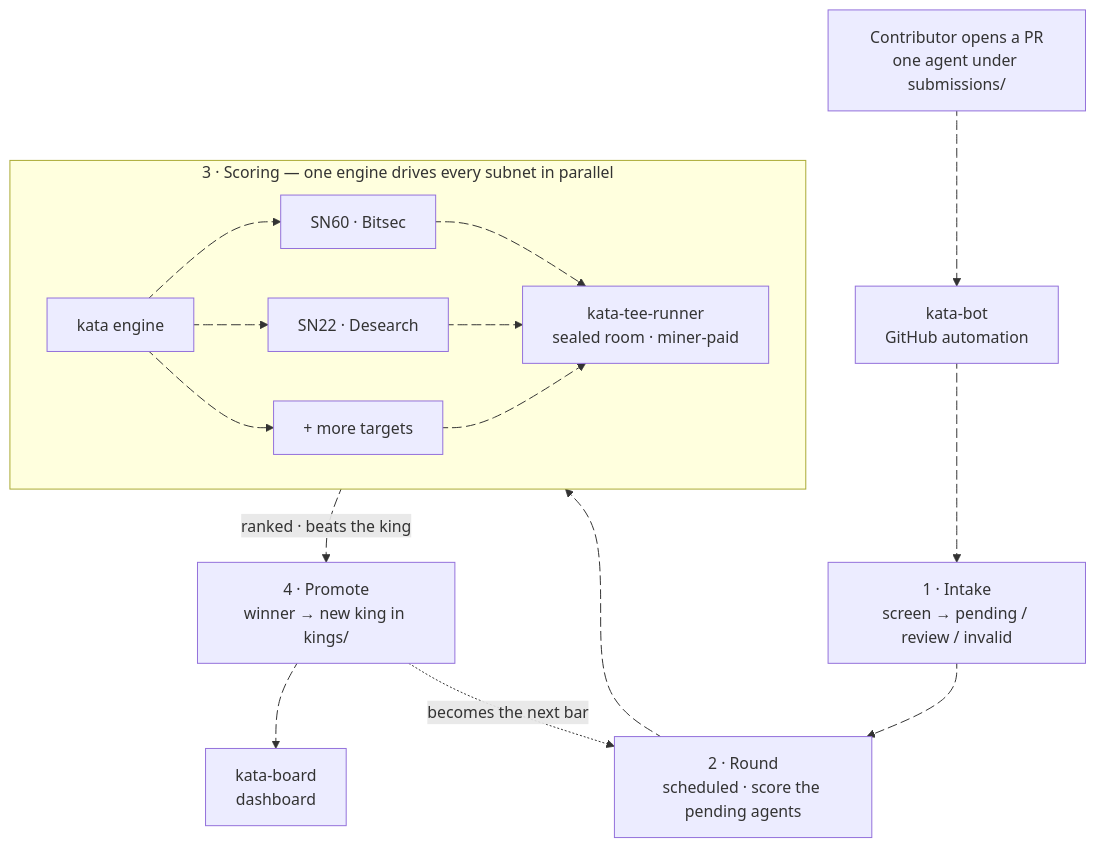
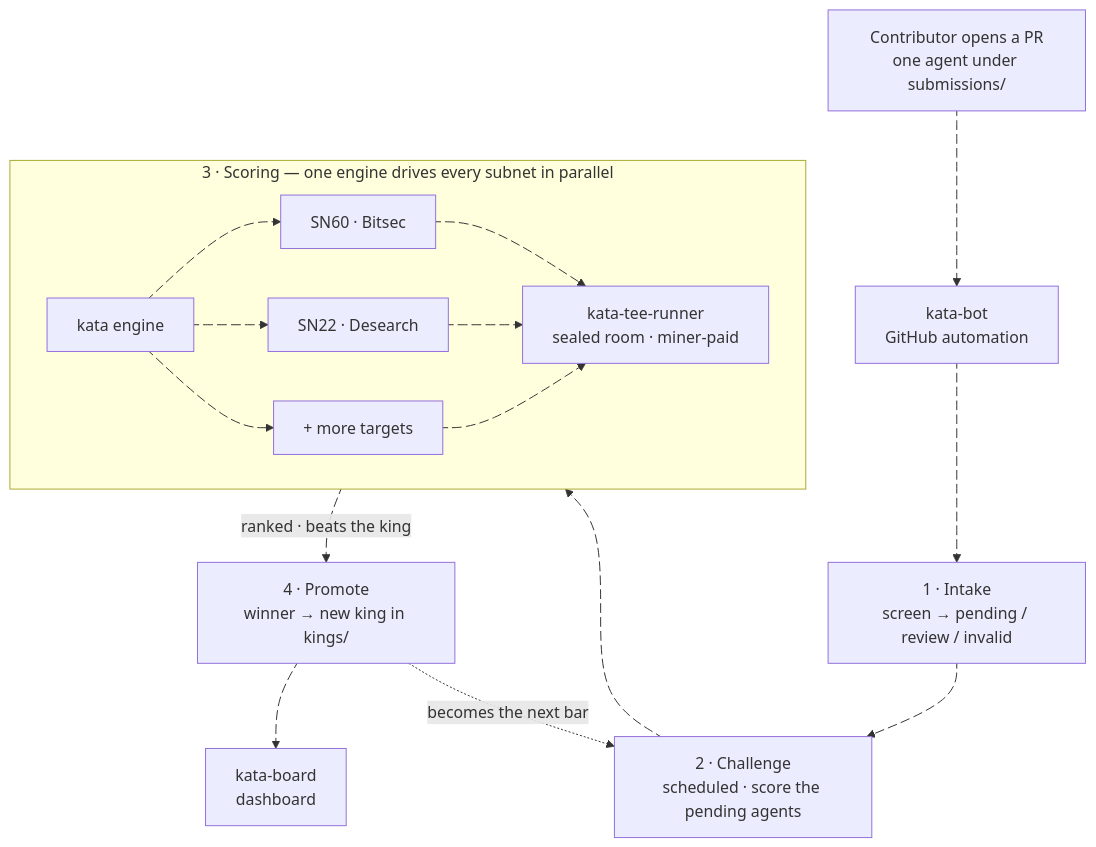
Before and after one commit to jimcody1995/kata: the diagram in README.md, drawn with Mermaid. The commit also changed other lines of this file and 9 other files, not shown here.

Commit message:
Rename the round vocabulary to challenge across the codebase (continuous king-of-the-hill has no scheduled rounds); no functional change

````diff
--- a/README.md
+++ b/README.md
@@ -37,45 +37,45 @@
 ```mermaid
 flowchart TD
     C["Contributor opens a PR<br/>one agent under submissions/"]
     BOT["kata-bot<br/>GitHub automation"]
     IN["1 · Intake<br/>screen → pending / review / invalid"]
-    RD["2 · Round<br/>scheduled · score the pending agents"]
+    RD["2 · Challenge<br/>scheduled · score the pending agents"]
     PROM["4 · Promote<br/>winner → new king in kings/"]
     BOARD["kata-board<br/>dashboard"]
 
     subgraph SCORE["3 · Scoring — one engine drives every subnet in parallel"]
         direction LR
         ENG["kata engine"]
         SN60["SN60 · Bitsec"]
         SN22["SN22 · Desearch"]
         MORE["+ more targets"]
         TEE["kata-tee-runner<br/>sealed room · miner-paid"]
         ENG e7@--> SN60
         ENG e8@--> SN22
         ENG e9@--> MORE
         SN60 e10@--> TEE
         SN22 e11@--> TEE
         MORE e12@--> TEE
     end
 
     C e1@--> BOT
     BOT e2@--> IN
     IN e3@--> RD
     RD e4@--> ENG
     TEE e5@-->|ranked · beats the king| PROM
     PROM e6@--> BOARD
     PROM -. becomes the next bar .-> RD
 
     e1@{ animate: true }
     e2@{ animate: true }
     e3@{ animate: true }
     e4@{ animate: true }
     e5@{ animate: true }
     e6@{ animate: true }
     e7@{ animate: true }
     e8@{ animate: true }
     e9@{ animate: true }
     e10@{ animate: true }
     e11@{ animate: true }
     e12@{ animate: true }
 ```
````
